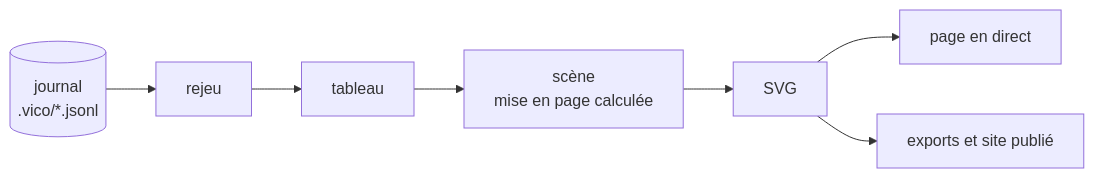
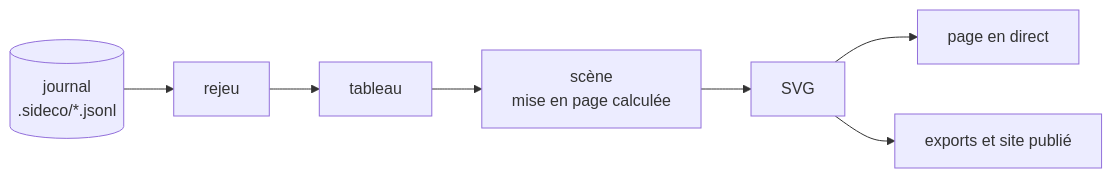
One commit to bastien-gallay/sideco changed the second of 2 diagrams in README.md. Above: the diagram before and after it, drawn with Mermaid. The commit also changed other lines of this file and 48 other files, not shown here.

````diff
--- a/README.md
+++ b/README.md
@@ -186,6 +186,6 @@
 ```mermaid
 flowchart LR
-    J[("journal<br/>.vico/*.jsonl")] --> R[rejeu] --> B[tableau] --> S[scène<br/>mise en page calculée] --> V[SVG]
+    J[("journal<br/>.sideco/*.jsonl")] --> R[rejeu] --> B[tableau] --> S[scène<br/>mise en page calculée] --> V[SVG]
     V --> P[page en direct]
     V --> E[exports et site publié]
 ```
````
